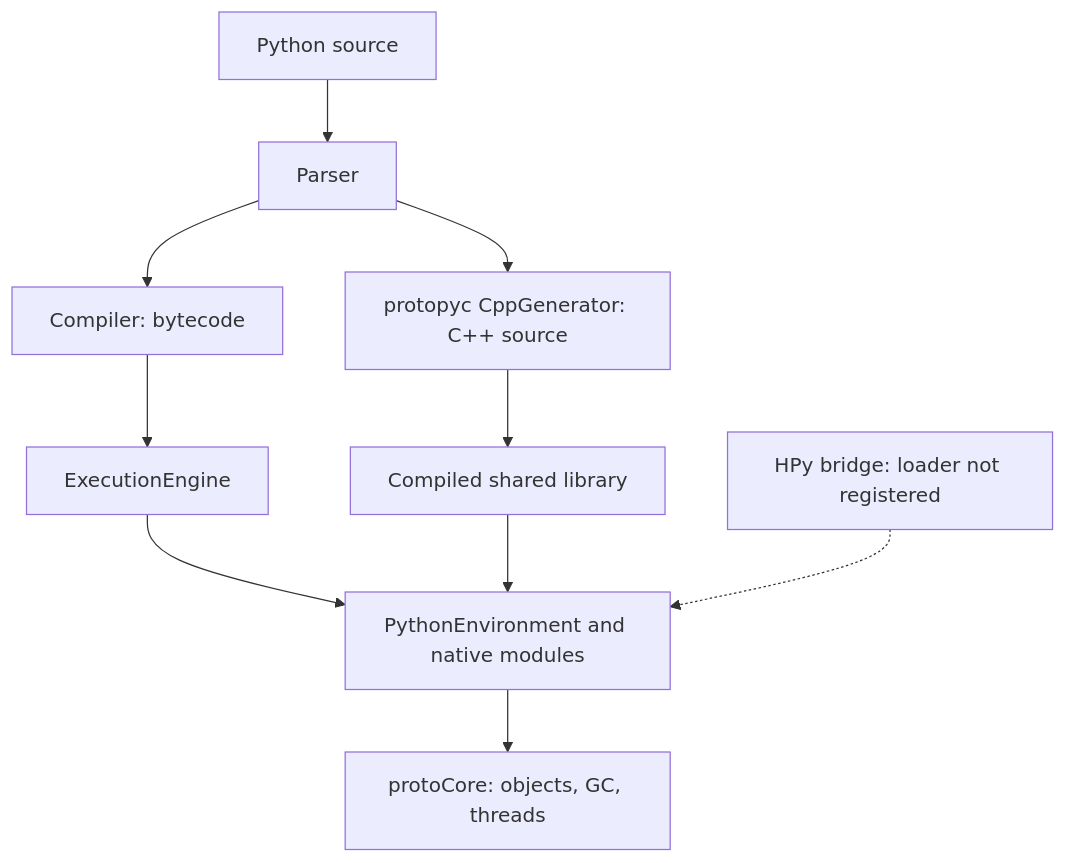
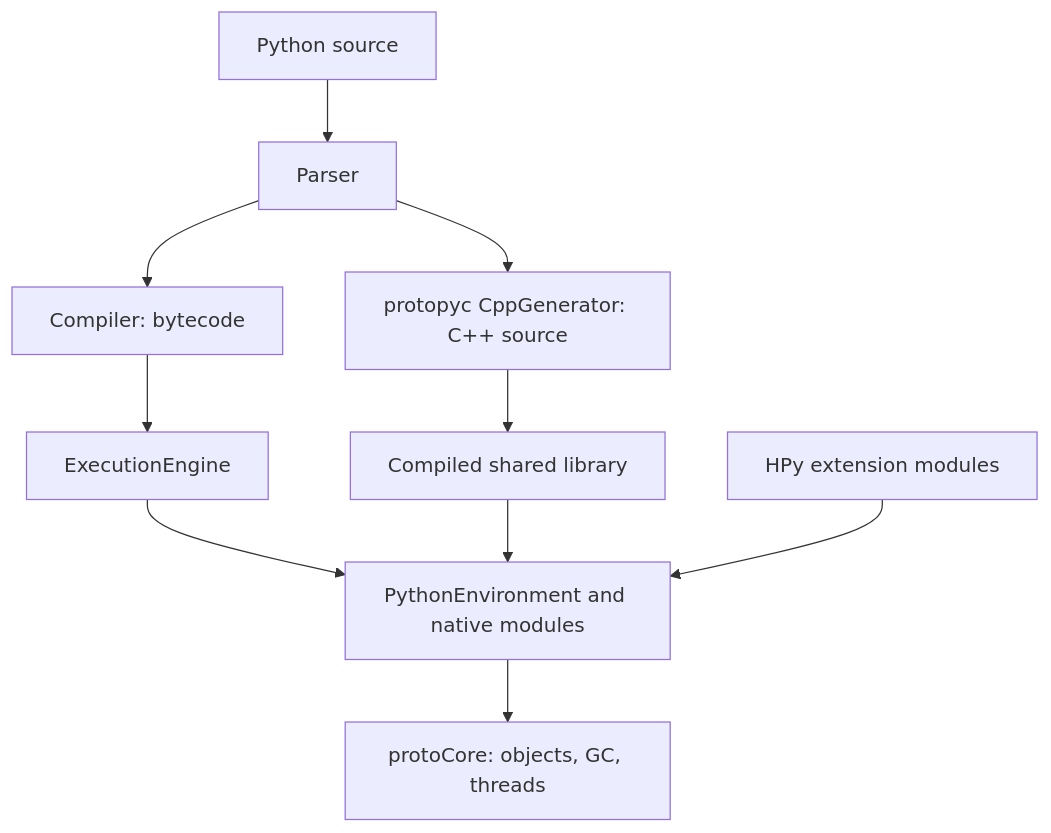
One commit to gamarino/protoPython changed the diagram in README.md. Above: the diagram before and after it, drawn with Mermaid. The commit also changed other lines of this file and 21 other files, not shown here.

````diff
--- a/README.md
+++ b/README.md
@@ -297,12 +297,12 @@
 ```mermaid
 graph TD
     A[Python source] --> B[Parser]
     B --> C[Compiler: bytecode]
     B --> H[protopyc CppGenerator: C++ source]
     C --> D[ExecutionEngine]
     H --> I[Compiled shared library]
     D --> E[PythonEnvironment and native modules]
     I --> E
-    J[HPy bridge: loader not registered] -.-> E
+    J[HPy extension modules] --> E
     E --> F[protoCore: objects, GC, threads]
 ```
````
